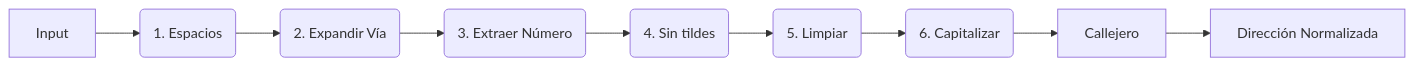
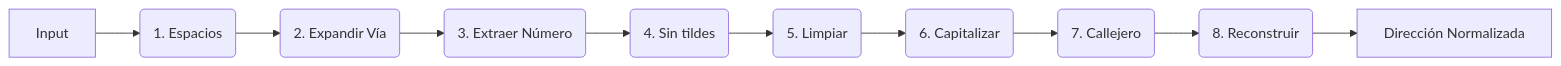
Before and after one commit to geoidegeoidal/azimut: the second of 2 diagrams in README.md, drawn with Mermaid. The commit also changed other lines of this file and 5 other files, not shown here.

````diff
--- a/README.md
+++ b/README.md
@@ -110,11 +110,12 @@
 ```mermaid
 graph LR
     A[Input] --> B(1. Espacios)
     B --> C(2. Expandir Vía)
     C --> D(3. Extraer Número)
     D --> E(4. Sin tildes)
     E --> F(5. Limpiar)
     F --> G(6. Capitalizar)
-    G --> H[Callejero]
-    H --> I[Dirección Normalizada]
+    G --> H(7. Callejero)
+    H --> I(8. Reconstruir)
+    I --> J[Dirección Normalizada]
 ```
````
